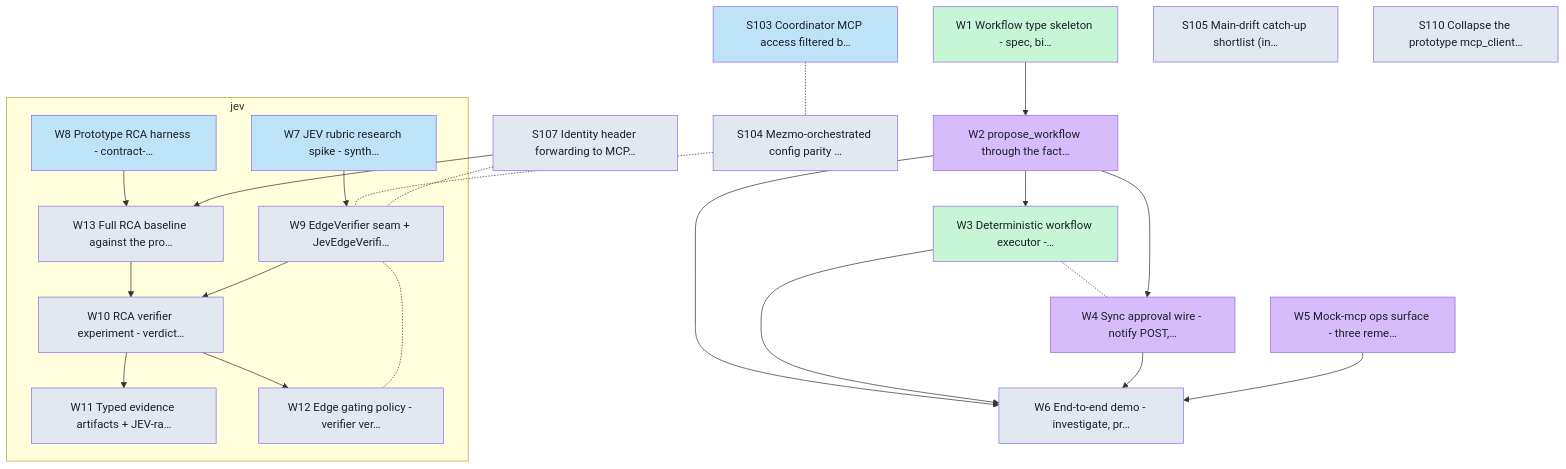
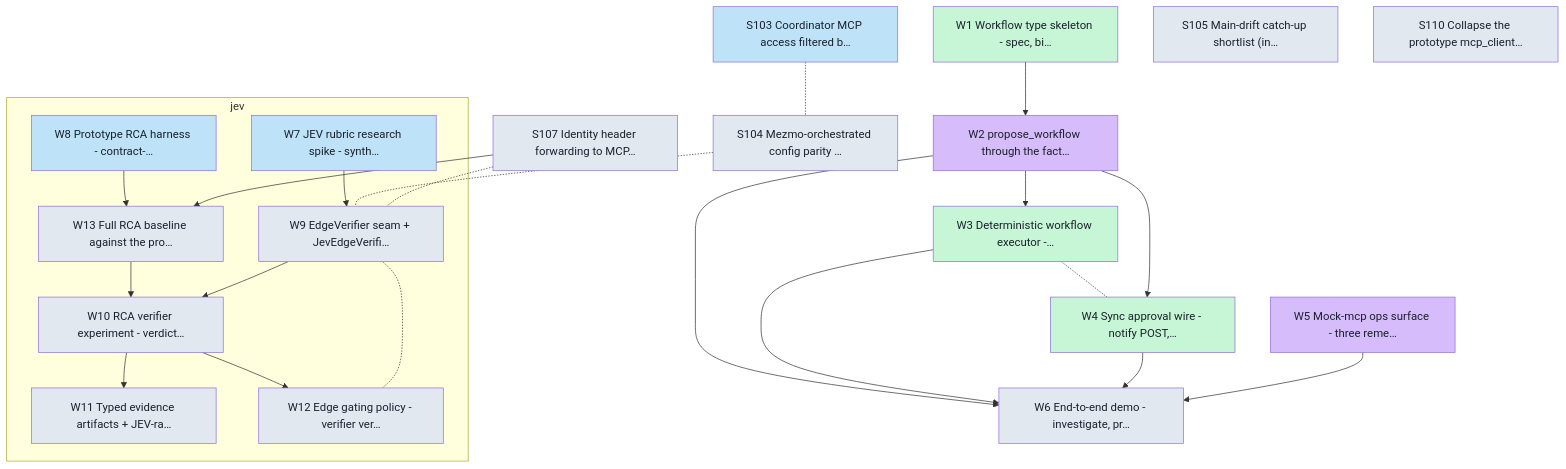
The diagram in docs/board/cards/graph.md (Shearerbeard/agent-driver-prototype), drawn with Mermaid before and after one commit. The commit also changed 6 other files, not shown here.

````diff
--- a/docs/board/cards/graph.md
+++ b/docs/board/cards/graph.md
@@ -8,47 +8,47 @@
 ```mermaid
 flowchart TD
   classDef backlog fill:#e2e8f0,color:#1a202c;
   classDef ready fill:#bee3f8,color:#1a202c;
   classDef inprogress fill:#fbd38d,color:#1a202c;
   classDef inreview fill:#d6bcfa,color:#1a202c;
   classDef done fill:#c6f6d5,color:#1a202c;
   subgraph lane_jev["jev"]
     W7["W7 JEV rubric research spike - synth…"]:::ready
     W8["W8 Prototype RCA harness - contract-…"]:::ready
     W9["W9 EdgeVerifier seam + JevEdgeVerifi…"]:::backlog
     W10["W10 RCA verifier experiment - verdict…"]:::backlog
     W11["W11 Typed evidence artifacts + JEV-ra…"]:::backlog
     W12["W12 Edge gating policy - verifier ver…"]:::backlog
     W13["W13 Full RCA baseline against the pro…"]:::backlog
   end
   W1["W1 Workflow type skeleton - spec, bi…"]:::done
   W2["W2 propose_workflow through the fact…"]:::inreview
   W3["W3 Deterministic workflow executor -…"]:::done
-  W4["W4 Sync approval wire - notify POST,…"]:::inreview
+  W4["W4 Sync approval wire - notify POST,…"]:::done
   W5["W5 Mock-mcp ops surface - three reme…"]:::inreview
   W6["W6 End-to-end demo - investigate, pr…"]:::backlog
   S103["S103 Coordinator MCP access filtered b…"]:::ready
   S104["S104 Mezmo-orchestrated config parity …"]:::backlog
   S105["S105 Main-drift catch-up shortlist (in…"]:::backlog
   S107["S107 Identity header forwarding to MCP…"]:::backlog
   S110["S110 Collapse the prototype mcp_client…"]:::backlog
   W1 --> W2
   W2 --> W3
   W3 -.- W4
   W2 --> W4
   W2 --> W6
   W3 --> W6
   W4 --> W6
   W5 --> W6
   W7 --> W9
   W13 --> W10
   W9 --> W10
   W10 --> W11
   W10 --> W12
   W12 -.- W9
   W8 --> W13
   S107 --> W13
   S103 -.- S104
   S104 -.- W9
   S107 -.- W9
 ```
````
